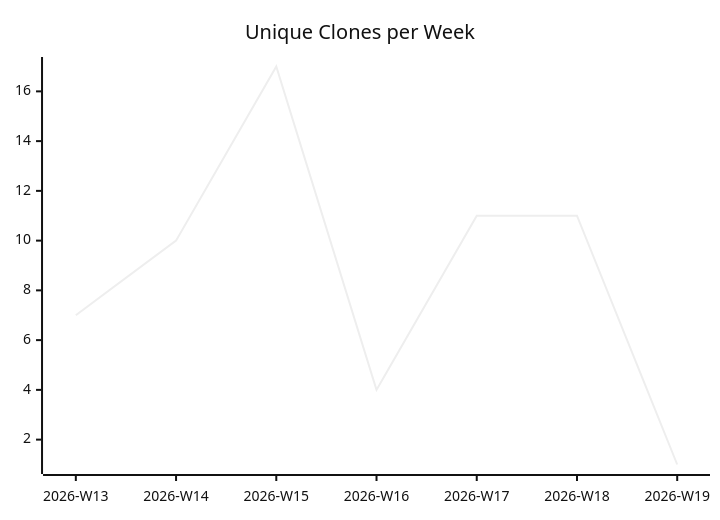
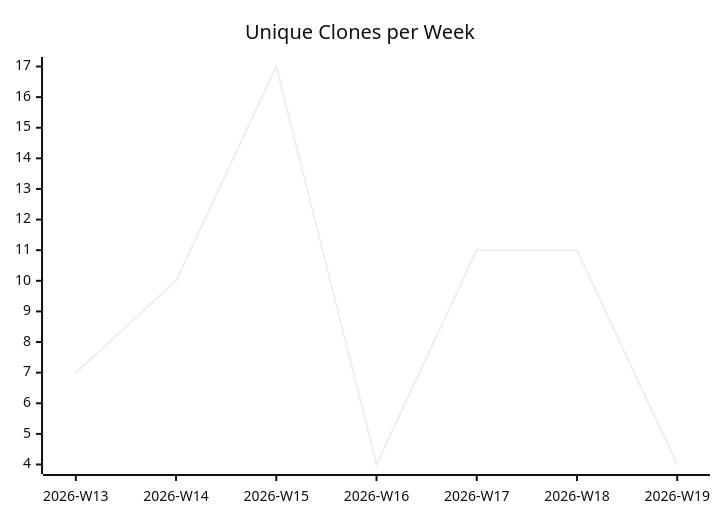
Before and after one commit to justdavis-family/github-analytics-data: the third of 3 diagrams in karlmdavis/ksoap2-android/README.md, drawn with Mermaid (neutral theme). The commit also changed other lines of this file and 177 other files, not shown here.

````diff
--- a/karlmdavis/ksoap2-android/README.md
+++ b/karlmdavis/ksoap2-android/README.md
@@ -19,6 +19,6 @@
 ```mermaid
 xychart-beta
   title "Unique Clones per Week"
   x-axis ["2026-W13", "2026-W14", "2026-W15", "2026-W16", "2026-W17", "2026-W18", "2026-W19"]
-  line [7, 10, 17, 4, 11, 11, 1]
+  line [7, 10, 17, 4, 11, 11, 4]
 ```
````
